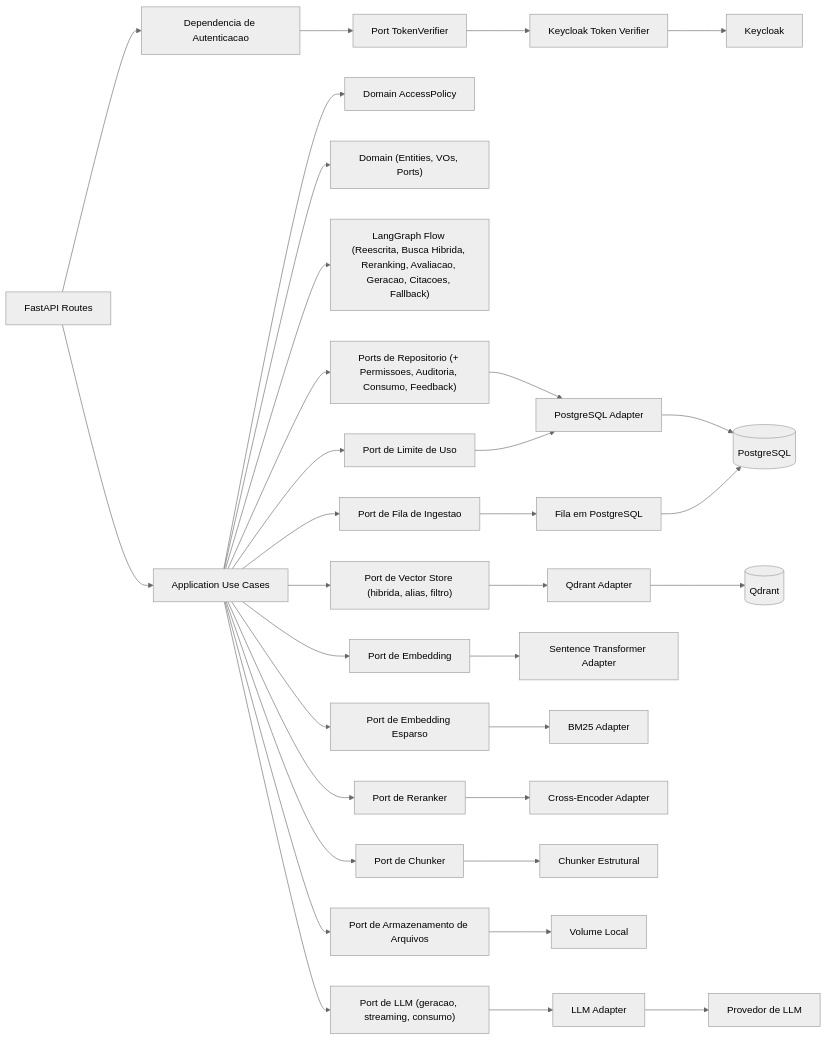
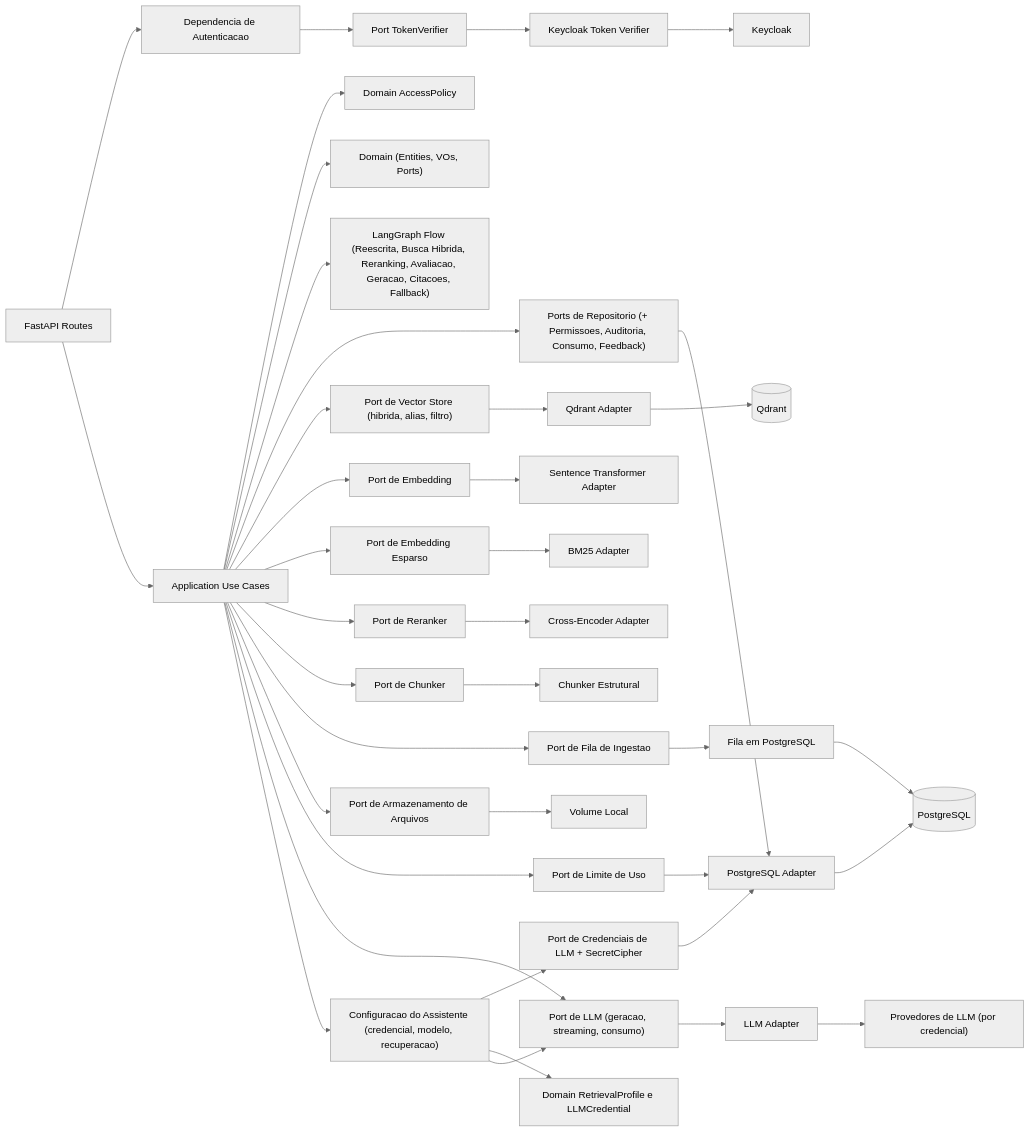
The second of 2 diagrams in docs/arquitetura/c4-componentes-backend.md (cleitonsm/nexus), drawn with Mermaid (neutral theme) before and after one commit. The commit also changed other lines of this file and 11 other files, not shown here.

First line of the commit message:
docs: C4 e arquitetura com credenciais de LLM por assistente (SPEC-013)

````diff
--- a/docs/arquitetura/c4-componentes-backend.md
+++ b/docs/arquitetura/c4-componentes-backend.md
@@ -43,39 +43,44 @@
 ```mermaid
 flowchart LR
     Routes["FastAPI Routes"] --> AuthDep["Dependencia de Autenticacao"]
     AuthDep --> TokenPort["Port TokenVerifier"]
     Routes --> UseCases["Application Use Cases"]
 
     UseCases --> Policy["Domain AccessPolicy"]
     UseCases --> Domain["Domain (Entities, VOs, Ports)"]
     UseCases --> LangGraph["LangGraph Flow (Reescrita, Busca Hibrida, Reranking, Avaliacao, Geracao, Citacoes, Fallback)"]
 
     UseCases --> RepoPort["Ports de Repositorio (+ Permissoes, Auditoria, Consumo, Feedback)"]
     UseCases --> VectorPort["Port de Vector Store (hibrida, alias, filtro)"]
     UseCases --> EmbPort["Port de Embedding"]
     UseCases --> SparsePort["Port de Embedding Esparso"]
     UseCases --> RerankPort["Port de Reranker"]
     UseCases --> ChunkPort["Port de Chunker"]
     UseCases --> QueuePort["Port de Fila de Ingestao"]
     UseCases --> FilePort["Port de Armazenamento de Arquivos"]
     UseCases --> LimitPort["Port de Limite de Uso"]
     UseCases --> LlmPort["Port de LLM (geracao, streaming, consumo)"]
+    UseCases --> Runtime["Configuracao do Assistente (credencial, modelo, recuperacao)"]
+    Runtime --> CredPort["Port de Credenciais de LLM + SecretCipher"]
+    Runtime --> Profile["Domain RetrievalProfile e LLMCredential"]
+    Runtime --> LlmPort
 
     TokenPort --> KcAdapter["Keycloak Token Verifier"]
     RepoPort --> PgAdapter["PostgreSQL Adapter"]
     QueuePort --> PgQueue["Fila em PostgreSQL"]
     LimitPort --> PgAdapter
+    CredPort --> PgAdapter
     VectorPort --> QdrantAdapter["Qdrant Adapter"]
     EmbPort --> EmbAdapter["Sentence Transformer Adapter"]
     SparsePort --> Bm25Adapter["BM25 Adapter"]
     RerankPort --> RerankAdapter["Cross-Encoder Adapter"]
     ChunkPort --> ChunkAdapter["Chunker Estrutural"]
     FilePort --> VolumeAdapter["Volume Local"]
     LlmPort --> LlmAdapter["LLM Adapter"]
 
     KcAdapter --> KC["Keycloak"]
     PgAdapter --> PG[("PostgreSQL")]
     PgQueue --> PG
     QdrantAdapter --> QD[("Qdrant")]
-    LlmAdapter --> Provider["Provedor de LLM"]
+    LlmAdapter --> Provider["Provedores de LLM (por credencial)"]
 ```
````
